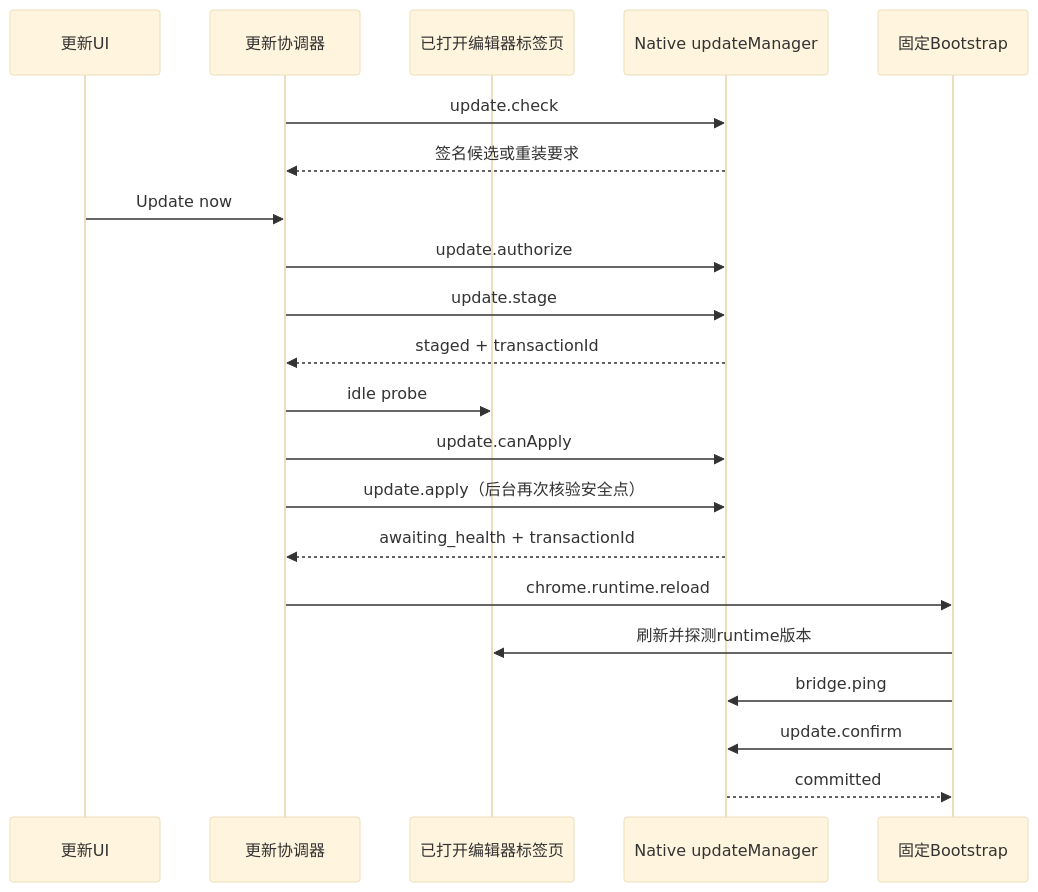
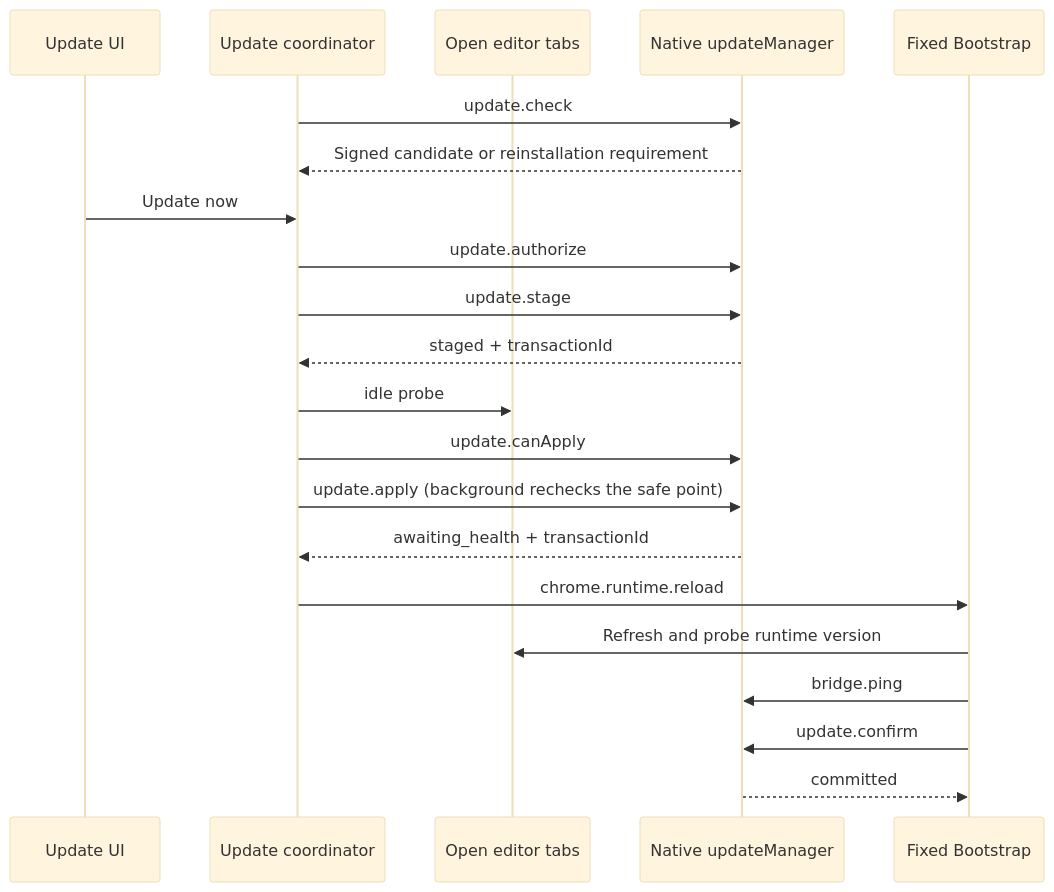
One commit to Ghqqqq/codex-overleaf-link changed the diagram in docs/architecture/installation-and-updates.md. Above: the diagram before and after it, drawn with Mermaid (base theme). The commit also changed other lines of this file and 14 other files, not shown here.

Commit message:
docs: translate architecture guide to English and correct navigation

````diff
--- a/docs/architecture/installation-and-updates.md
+++ b/docs/architecture/installation-and-updates.md
@@ -140,23 +140,23 @@
 ```mermaid
 sequenceDiagram
-    participant U as 更新UI
-    participant C as 更新协调器
-    participant T as 已打开编辑器标签页
+    participant U as Update UI
+    participant C as Update coordinator
+    participant T as Open editor tabs
     participant N as Native updateManager
-    participant B as 固定Bootstrap
+    participant B as Fixed Bootstrap
     C->>N: update.check
-    N-->>C: 签名候选或重装要求
+    N-->>C: Signed candidate or reinstallation requirement
     U->>C: Update now
     C->>N: update.authorize
     C->>N: update.stage
     N-->>C: staged + transactionId
     C->>T: idle probe
     C->>N: update.canApply
-    C->>N: update.apply（后台再次核验安全点）
+    C->>N: update.apply (background rechecks the safe point)
     N-->>C: awaiting_health + transactionId
     C->>B: chrome.runtime.reload
-    B->>T: 刷新并探测runtime版本
+    B->>T: Refresh and probe runtime version
     B->>N: bridge.ping
     B->>N: update.confirm
     N-->>B: committed
 ```
````
